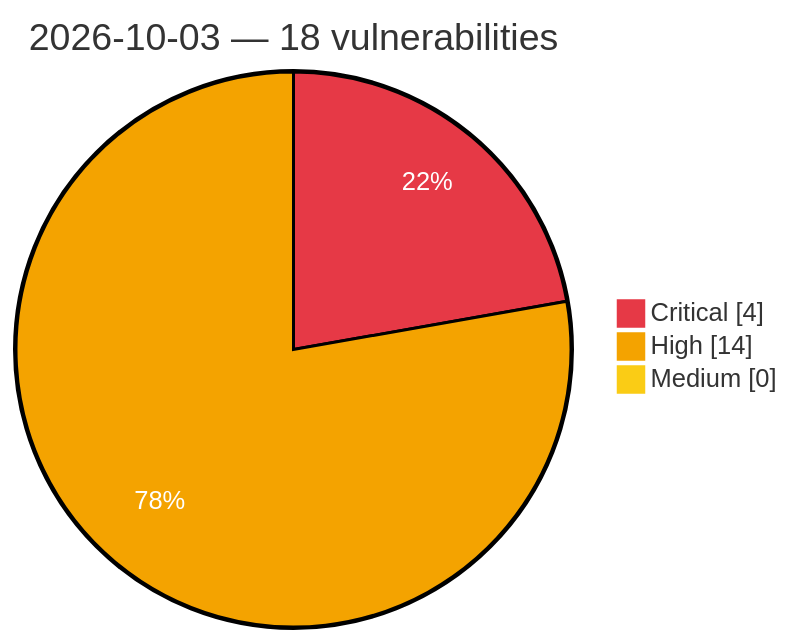
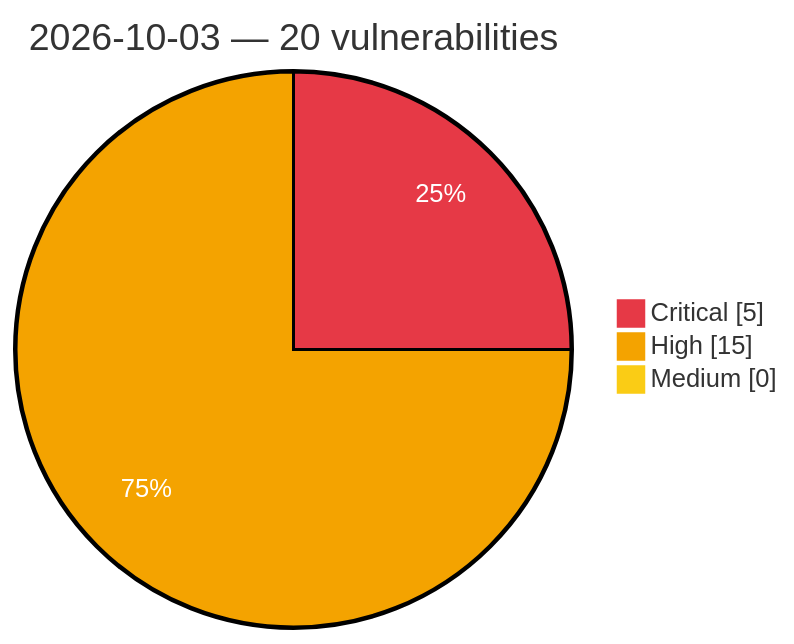
Before and after one commit to GhostX0X/vuln-tracker: the diagram in vulnerabilities/2026/October/2026-10-03.md, drawn with Mermaid. The commit also changed other lines of this file and 5 other files, not shown here.

Commit message:
Auto update: critical/high vulns (2026-10-03 16:16 UTC)

````diff
--- a/vulnerabilities/2026/October/2026-10-03.md
+++ b/vulnerabilities/2026/October/2026-10-03.md
@@ -3,8 +3,8 @@
 ```mermaid
 %%{init: {'theme':'base', 'themeVariables': {'pie1':'#e63946', 'pie2':'#f4a300', 'pie3':'#facc15', 'pieOpacity':'1', 'pieOuterStrokeWidth':'2px', 'pieSectionTextColor':'#ffffff'}}}%%
 pie showData
-    title 2026-10-03 — 18 vulnerabilities
-    "Critical" : 4
-    "High" : 14
+    title 2026-10-03 — 20 vulnerabilities
+    "Critical" : 5
+    "High" : 15
     "Medium" : 0
 ```
````
